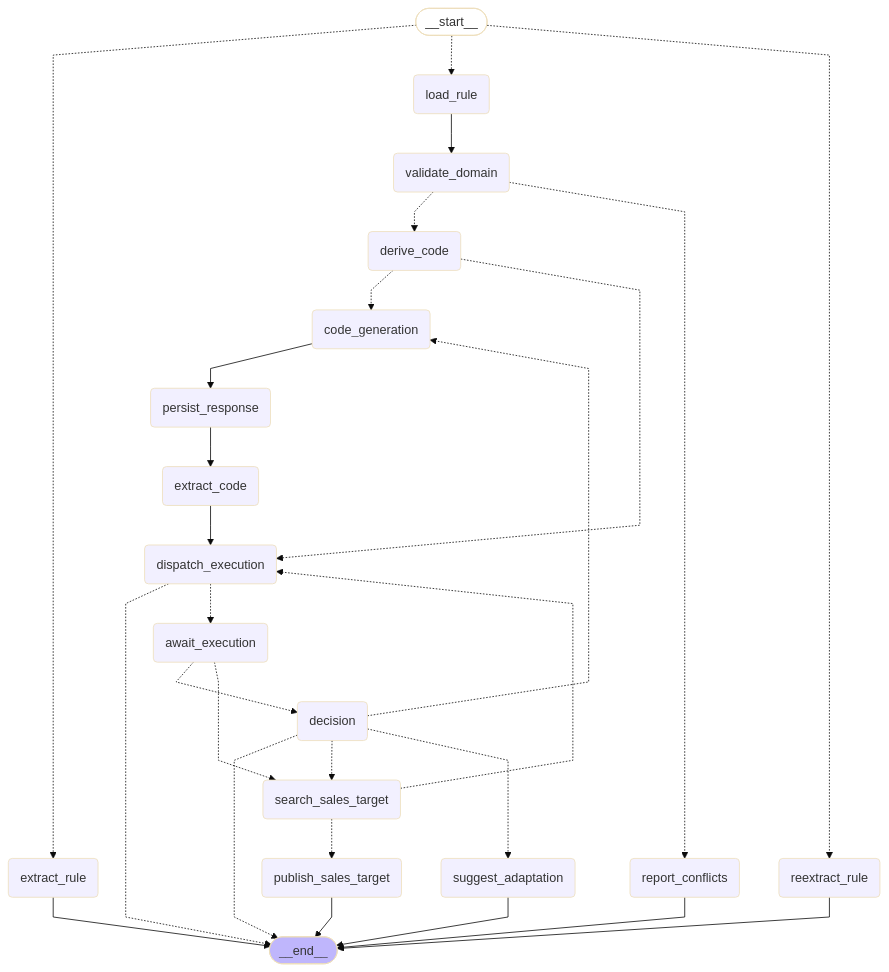
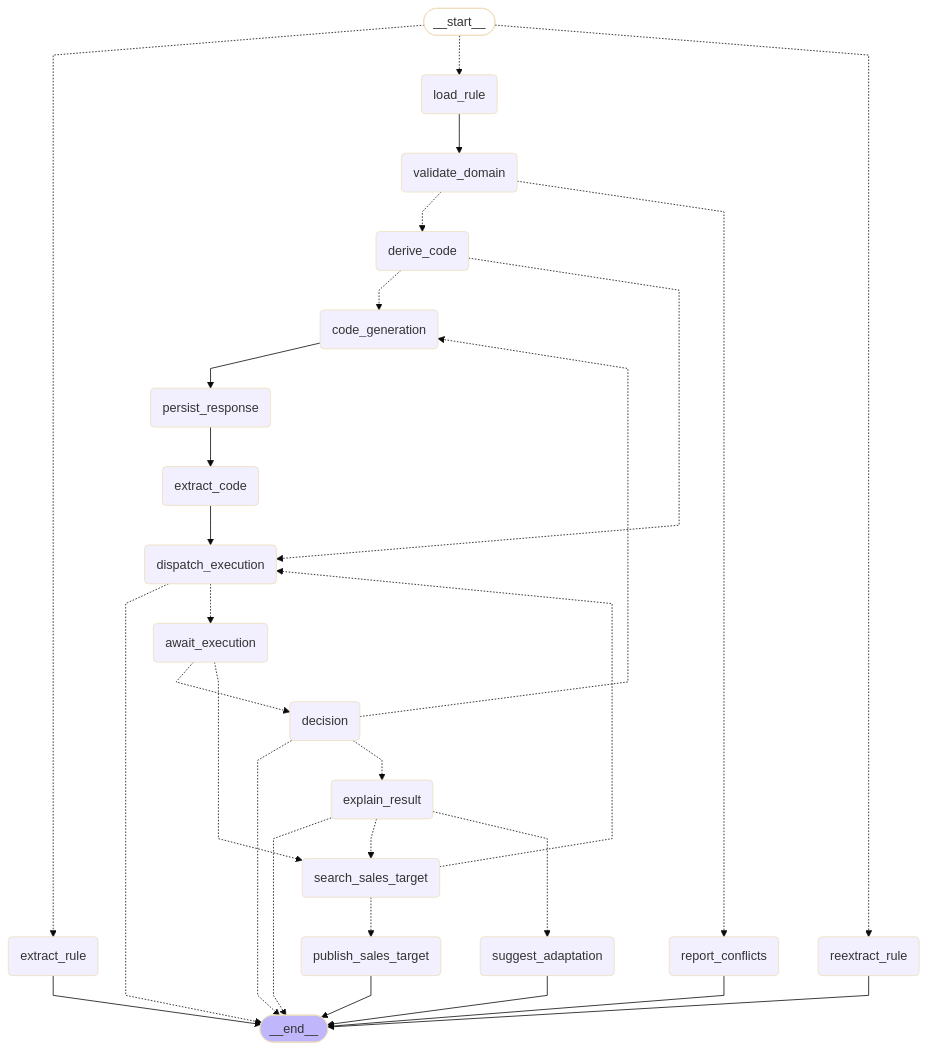
Before and after one commit to Titus-System/synapse: the diagram in codegen/docs/graph.md, drawn with Mermaid (base theme). The commit also changed 19 other files, not shown here.

````diff
--- a/codegen/docs/graph.md
+++ b/codegen/docs/graph.md
@@ -5,54 +5,57 @@
 ```mermaid
 ---
 config:
   flowchart:
     curve: linear
 ---
 graph TD;
 	__start__([<p>__start__</p>]):::first
 	load_rule(load_rule)
 	extract_rule(extract_rule)
 	reextract_rule(reextract_rule)
 	validate_domain(validate_domain)
 	report_conflicts(report_conflicts)
 	derive_code(derive_code)
 	code_generation(code_generation)
 	persist_response(persist_response)
 	extract_code(extract_code)
 	dispatch_execution(dispatch_execution)
 	await_execution(await_execution)
 	decision(decision)
+	explain_result(explain_result)
 	suggest_adaptation(suggest_adaptation)
 	search_sales_target(search_sales_target)
 	publish_sales_target(publish_sales_target)
 	__end__([<p>__end__</p>]):::last
 	__start__ -.-> extract_rule;
 	__start__ -.-> load_rule;
 	__start__ -.-> reextract_rule;
 	await_execution -.-> decision;
 	await_execution -.-> search_sales_target;
 	code_generation --> persist_response;
 	decision -.-> __end__;
 	decision -.-> code_generation;
-	decision -.-> search_sales_target;
-	decision -.-> suggest_adaptation;
+	decision -.-> explain_result;
 	derive_code -.-> code_generation;
 	derive_code -.-> dispatch_execution;
 	dispatch_execution -.-> __end__;
 	dispatch_execution -.-> await_execution;
+	explain_result -.-> __end__;
+	explain_result -.-> search_sales_target;
+	explain_result -.-> suggest_adaptation;
 	extract_code --> dispatch_execution;
 	load_rule --> validate_domain;
 	persist_response --> extract_code;
 	search_sales_target -.-> dispatch_execution;
 	search_sales_target -.-> publish_sales_target;
 	validate_domain -.-> derive_code;
 	validate_domain -.-> report_conflicts;
 	extract_rule --> __end__;
 	publish_sales_target --> __end__;
 	reextract_rule --> __end__;
 	report_conflicts --> __end__;
 	suggest_adaptation --> __end__;
 	classDef default fill:#f2f0ff,line-height:1.2
 	classDef first fill-opacity:0
 	classDef last fill:#bfb6fc
 ```
````
